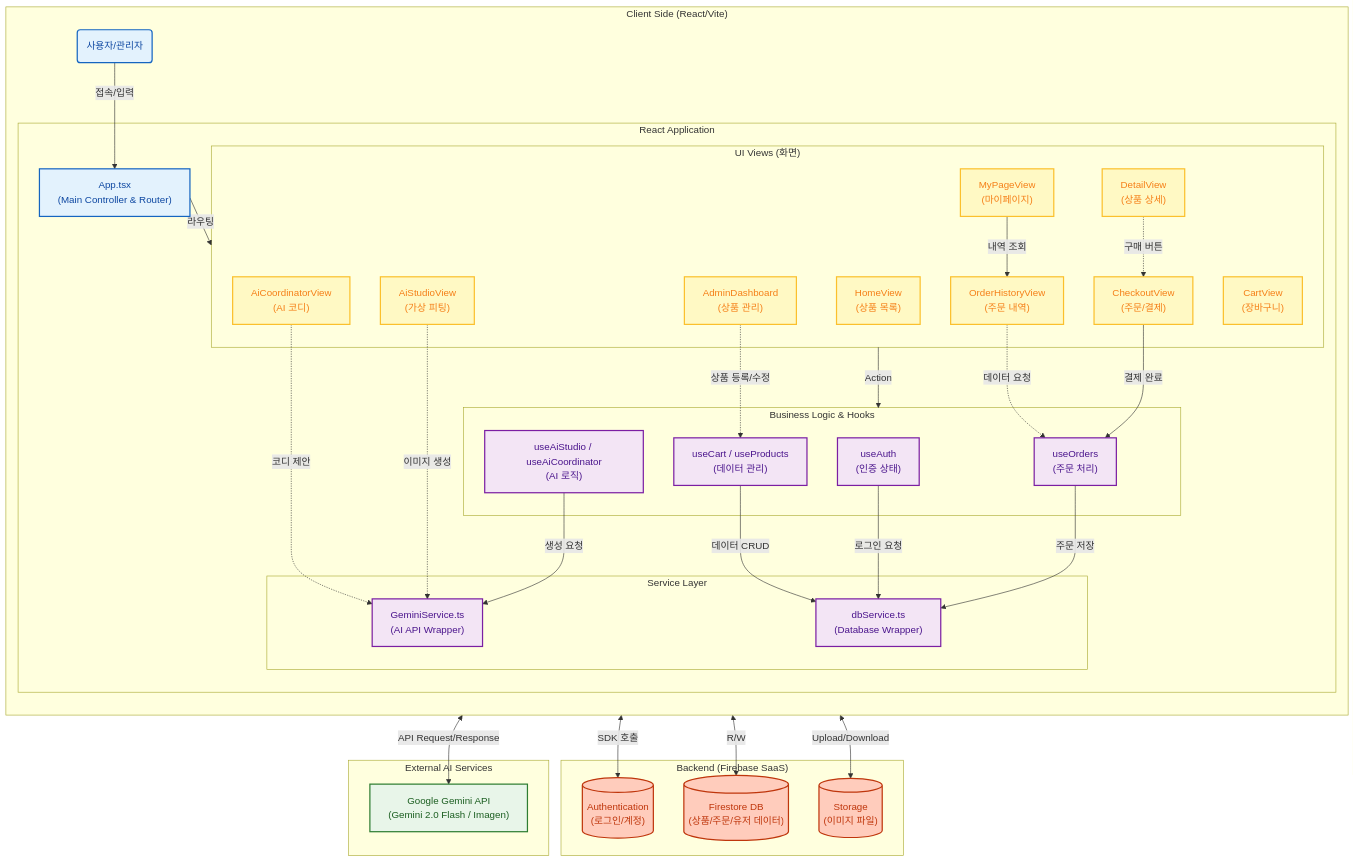
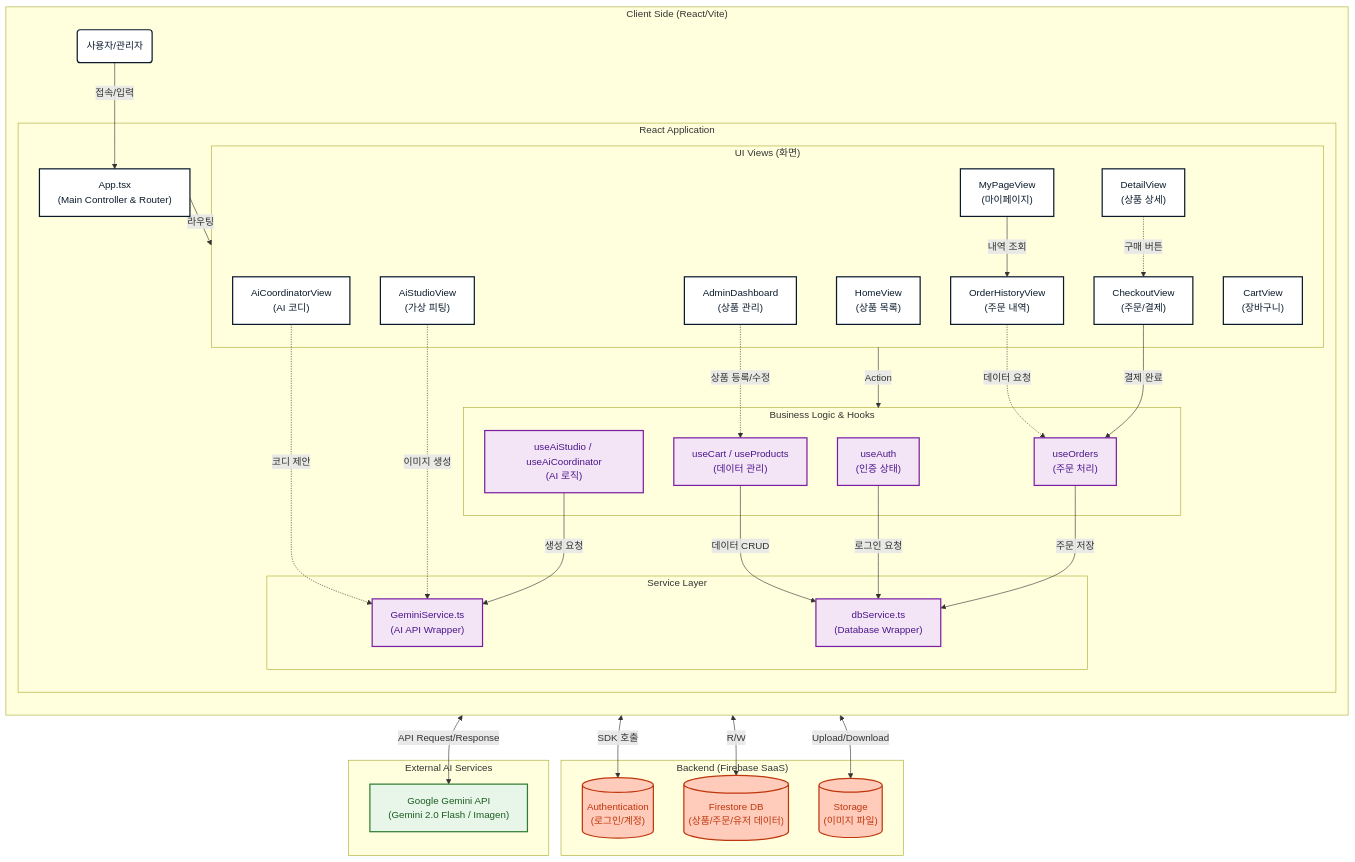
Before and after one commit to ABE0402/shopping-app: the diagram in README.md, drawn with Mermaid.

````diff
--- a/README.md
+++ b/README.md
@@ -98,8 +98,8 @@
 ```mermaid
 graph TD
     %% 스타일 정의
-    classDef client fill:#e3f2fd,stroke:#1565c0,stroke-width:2px,color:#0d47a1;
-    classDef view fill:#fff9c4,stroke:#fbc02d,stroke-width:2px,color:#f57f17;
+    classDef client fill:#ffffff,stroke:#0a1a2b,stroke-width:2px,color:#0a1a2b;
+    classDef view fill:#ffffff,stroke:#0a1a2b,stroke-width:2px,color:#0a1a2b;
     classDef service fill:#f3e5f5,stroke:#7b1fa2,stroke-width:2px,color:#4a148c;
     classDef firebase fill:#ffccbc,stroke:#bf360c,stroke-width:2px,color:#bf360c;
     classDef external fill:#e8f5e9,stroke:#2e7d32,stroke-width:2px,color:#1b5e20;
````
